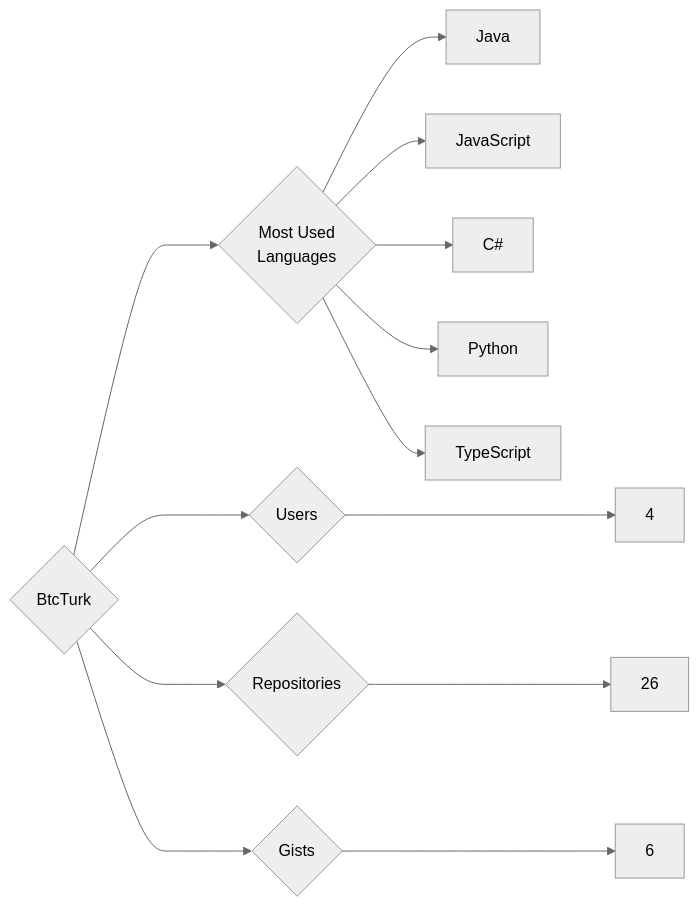
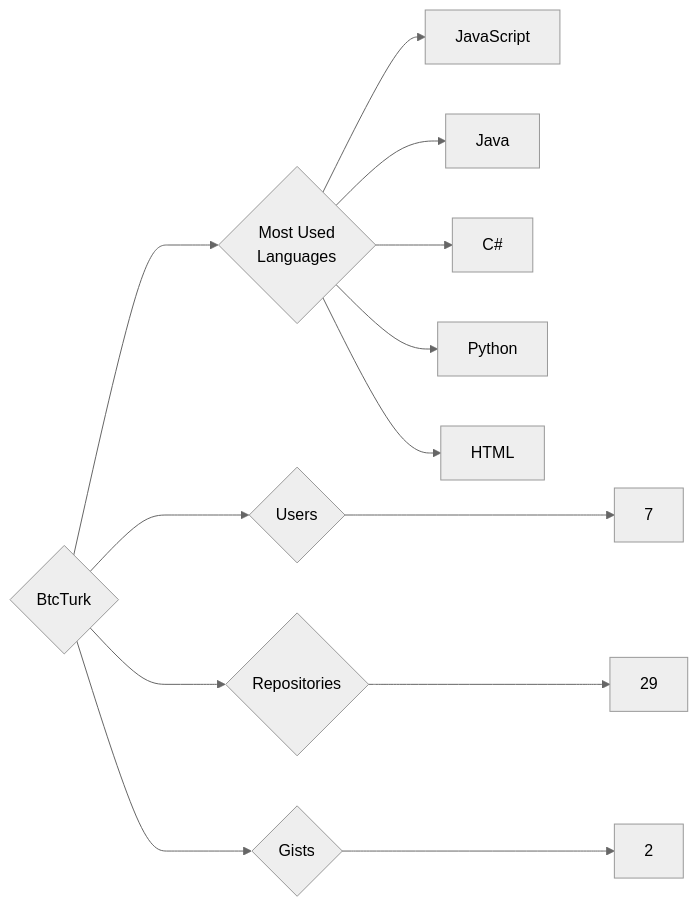
Before and after one commit to trickest/insiders: the diagram in targets/BtcTurk/README.md, drawn with Mermaid (neutral theme). The commit also changed 993 other files, not shown here.

````diff
--- a/targets/BtcTurk/README.md
+++ b/targets/BtcTurk/README.md
@@ -3,13 +3,13 @@
 ```mermaid
 graph LR
 COMPANY_NAME{BtcTurk}
-COMPANY_NAME ---> U{Users} ---> UN[4]
-COMPANY_NAME ---> R{Repositories} ---> RN[26]
-COMPANY_NAME ---> G{Gists} ---> GN[6]
+COMPANY_NAME ---> U{Users} ---> UN[7]
+COMPANY_NAME ---> R{Repositories} ---> RN[29]
+COMPANY_NAME ---> G{Gists} ---> GN[2]
 COMPANY_NAME ---> ML{Most Used<br>Languages}
+ML --> JavaScript[JavaScript]
 ML --> Java[Java]
-ML --> JavaScript[JavaScript]
 ML --> C#[C#]
 ML --> Python[Python]
-ML --> TypeScript[TypeScript]
+ML --> HTML[HTML]
 ```
````
